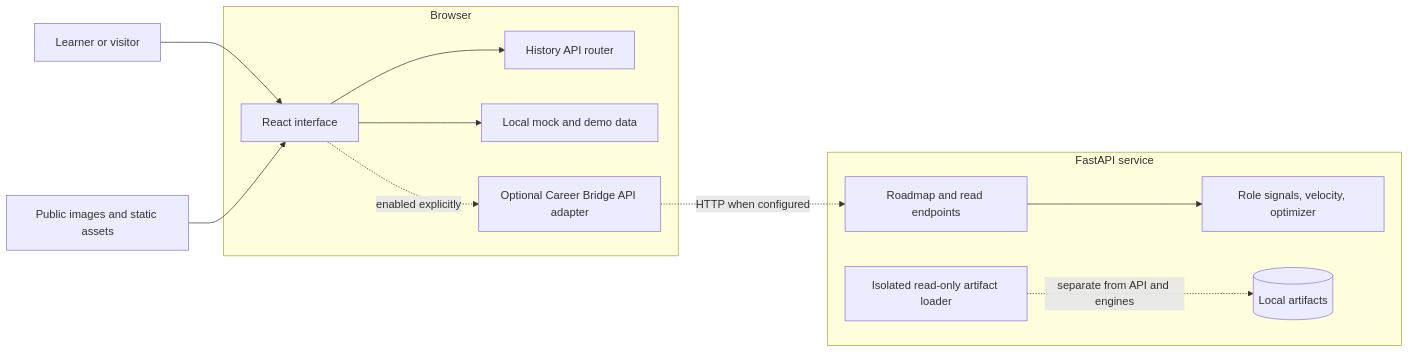
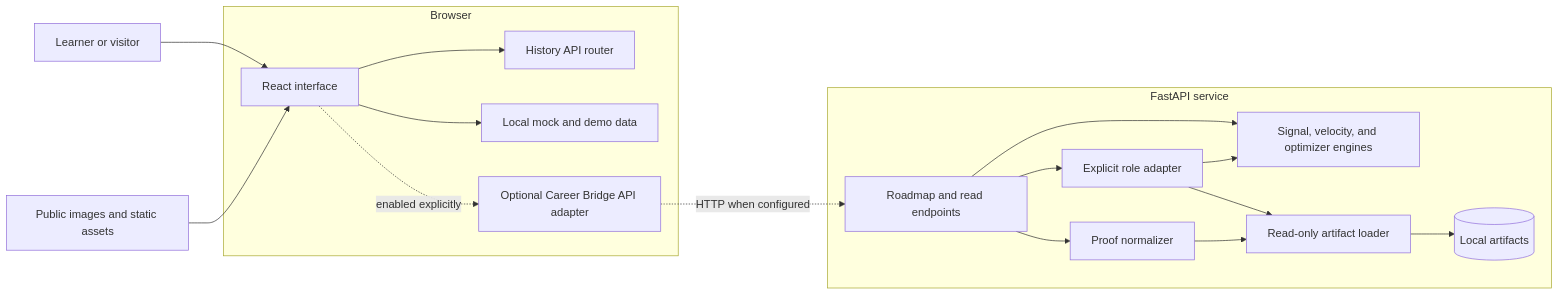
The first of 6 diagrams in README.md (5sricharan7/skillbridge), drawn with Mermaid before and after one commit. The commit also changed other lines of this file and 7 other files, not shown here.

Commit message:
feat: harden backend API and integrate artifact adapters

````diff
--- a/README.md
+++ b/README.md
@@ -81,22 +81,29 @@
 ```mermaid
 flowchart LR
     Person[Learner or visitor] --> UI
     subgraph FrontendRuntime["Browser"]
         UI[React interface]
         Router[History API router]
         Local[Local mock and demo data]
         Adapter[Optional Career Bridge API adapter]
         UI --> Router
         UI --> Local
         UI -. enabled explicitly .-> Adapter
     end
     subgraph BackendRuntime["FastAPI service"]
         Routes[Roadmap and read endpoints]
-        Engines[Role signals, velocity, optimizer]
-        ArtifactReader[Isolated read-only artifact loader]
+        Engines[Signal, velocity, and optimizer engines]
+        RoleAdapter[Explicit role adapter]
+        ProofAdapter[Proof normalizer]
+        ArtifactReader[Read-only artifact loader]
         Routes --> Engines
-        ArtifactReader -. separate from API and engines .-> ArtifactFiles[(Local artifacts)]
+        Routes --> RoleAdapter
+        RoleAdapter --> Engines
+        RoleAdapter --> ArtifactReader
+        Routes --> ProofAdapter
+        ProofAdapter --> ArtifactReader
+        ArtifactReader --> ArtifactFiles[(Local artifacts)]
     end
     Adapter -. HTTP when configured .-> Routes
     Static[Public images and static assets] --> UI
 ```
````
